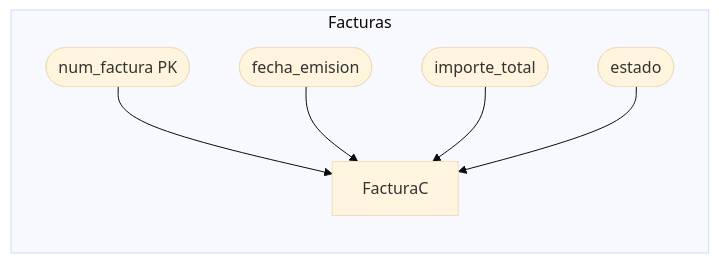
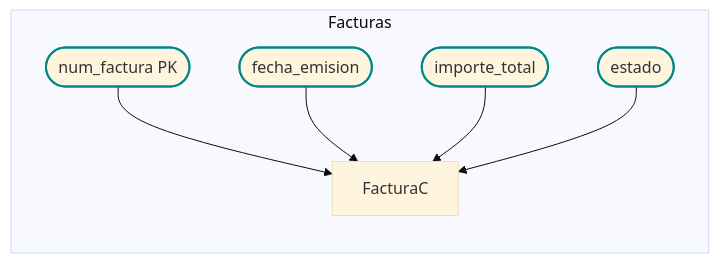
Before and after one commit to JulTob/Data: the fifth of 7 diagrams in DataBases/lonja_DB.md, drawn with Mermaid (base theme). The commit also changed other lines of this file, not shown here.

````diff
--- a/DataBases/lonja_DB.md
+++ b/DataBases/lonja_DB.md
@@ -205,11 +213,14 @@
 ```mermaid
 flowchart LR   
+  classDef atributo stroke:#088,stroke-width:2px;
+  classDef pk stroke:#800,stroke-width:4px;
+  classDef entidad stroke:#404,stroke-width:4px;
 
   %% Atributos FACTURA_COMPRADOR
   subgraph Facturas
   num_fact_c([num_factura PK]):::atributo --> FacturaC
   fecha_emision_c([fecha_emision]):::atributo --> FacturaC
   importe_total_c([importe_total]):::atributo --> FacturaC
   estado_c([estado]):::atributo --> FacturaC
   end
 ```
````
